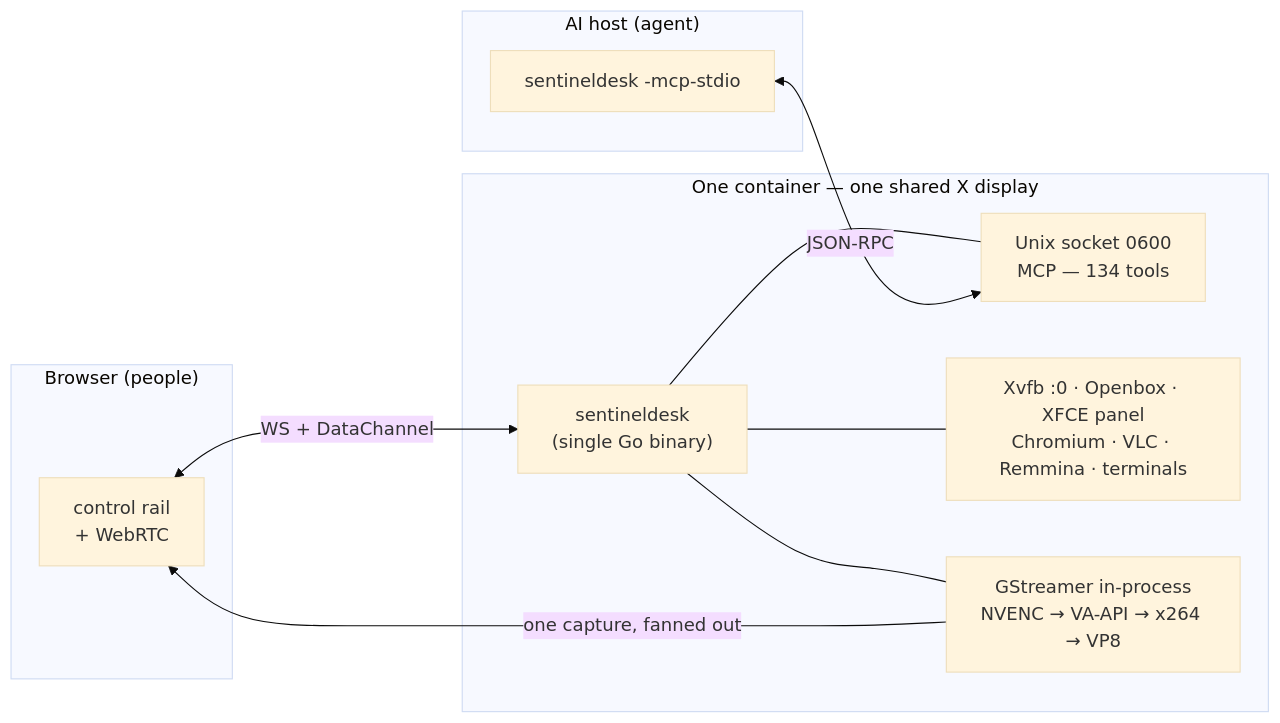
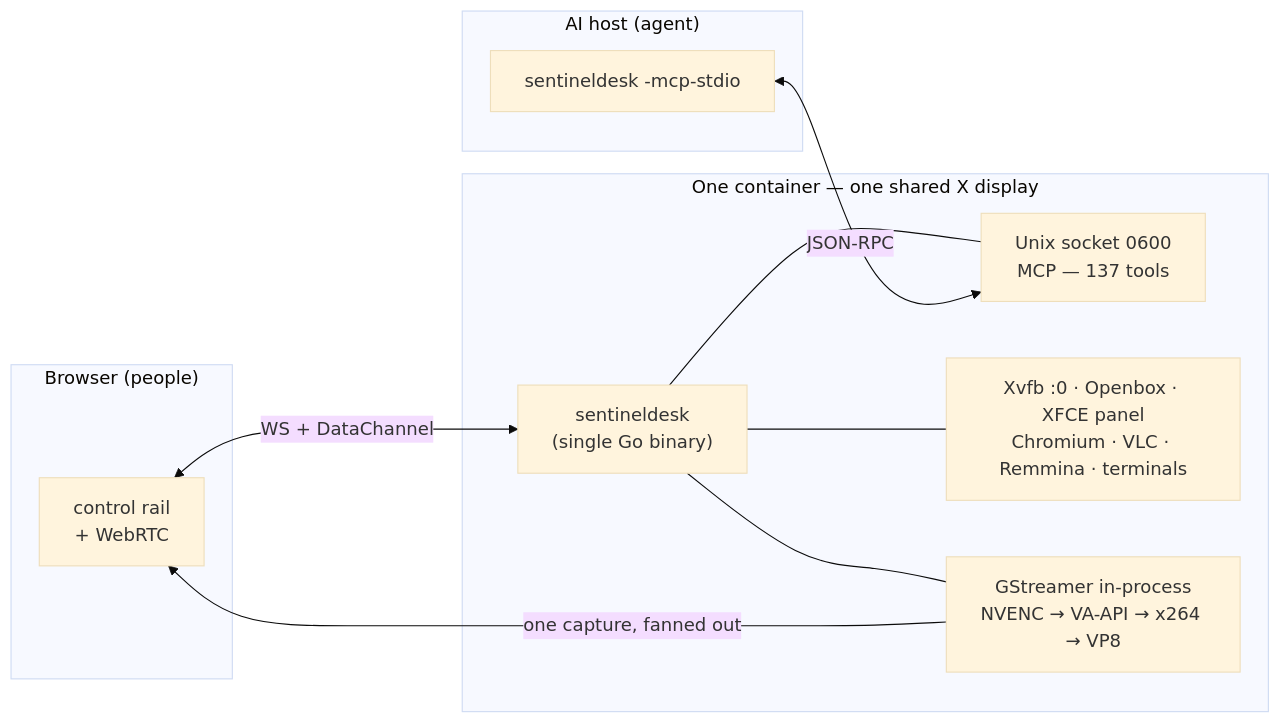
One commit to sentineldesk/desktop changed the diagram in README.md. Above: the diagram before and after it, drawn with Mermaid (base theme). The commit also changed other lines of this file and 5 other files, not shown here.

````diff
--- a/README.md
+++ b/README.md
@@ -22,21 +22,21 @@
 ```mermaid
 flowchart LR
     subgraph browser["Browser (people)"]
         rail["control rail<br/>+ WebRTC"]
     end
     subgraph host["AI host (agent)"]
         stdio["sentineldesk -mcp-stdio"]
     end
     subgraph container["One container — one shared X display"]
         daemon["sentineldesk<br/>(single Go binary)"]
-        sock["Unix socket 0600<br/>MCP — 134 tools"]
+        sock["Unix socket 0600<br/>MCP — 137 tools"]
         x["Xvfb :0 · Openbox · XFCE panel<br/>Chromium · VLC · Remmina · terminals"]
         gst["GStreamer in-process<br/>NVENC → VA-API → x264 → VP8"]
         daemon --- sock
         daemon --- gst
         daemon --- x
     end
     rail <-->|"WS + DataChannel"| daemon
     stdio <-->|"JSON-RPC"| sock
     gst -->|"one capture, fanned out"| rail
 ```
````
